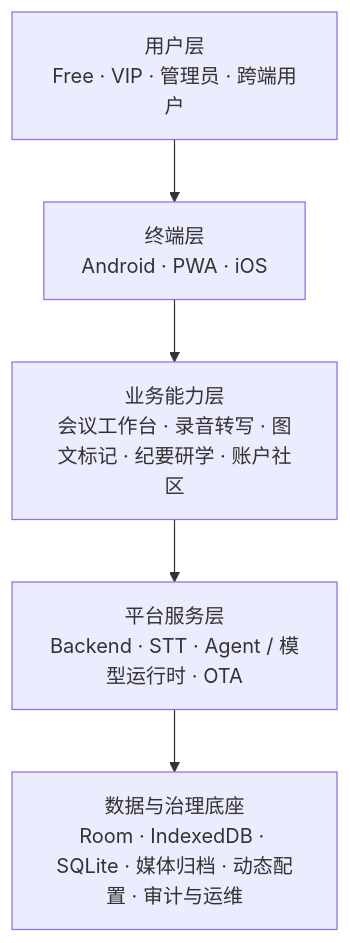
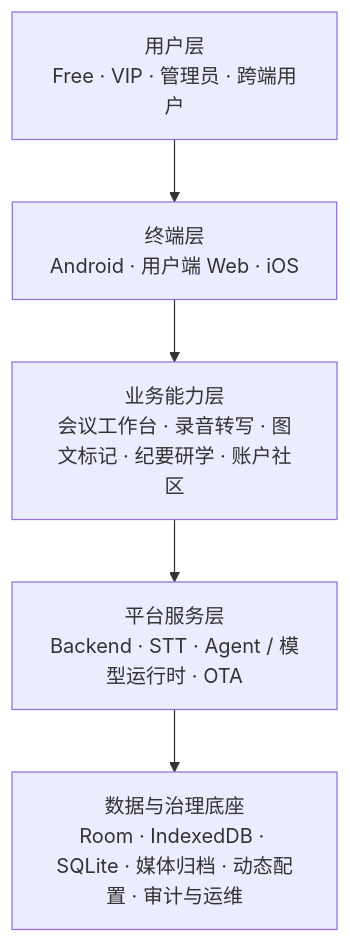
The diagram in README.md (Sunner-Chao/MeetingNotesApp), drawn with Mermaid before and after one commit. The commit also changed other lines of this file and 61 other files, not shown here.

````diff
--- a/README.md
+++ b/README.md
@@ -18,9 +18,9 @@
 ```mermaid
 flowchart TB
   U["用户层<br/>Free · VIP · 管理员 · 跨端用户"]
-  C["终端层<br/>Android · PWA · iOS"]
+  C["终端层<br/>Android · 用户端 Web · iOS"]
   B["业务能力层<br/>会议工作台 · 录音转写 · 图文标记 · 纪要研学 · 账户社区"]
   S["平台服务层<br/>Backend · STT · Agent / 模型运行时 · OTA"]
   D["数据与治理底座<br/>Room · IndexedDB · SQLite · 媒体归档 · 动态配置 · 审计与运维"]
   U --> C --> B --> S --> D
 ```
````
